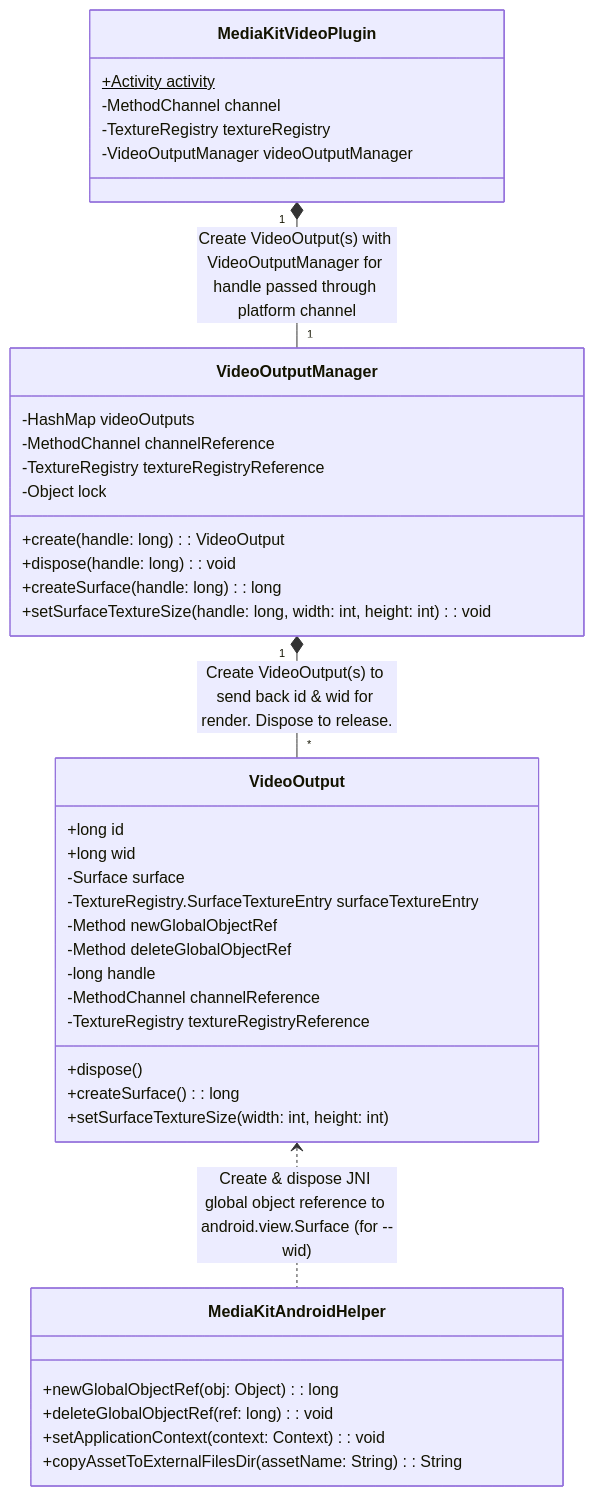
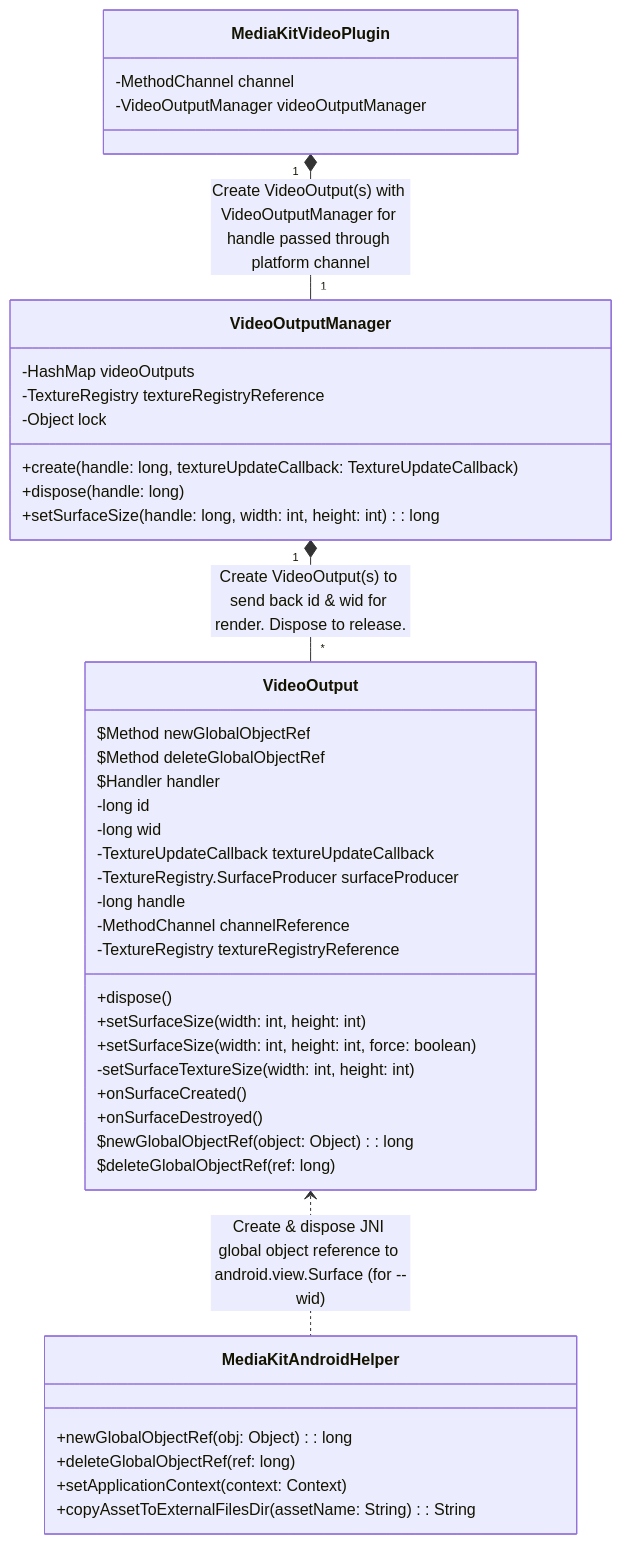
The second of 4 diagrams in README.md (coolight7/media-kit), drawn with Mermaid before and after one commit. The commit also changed other lines of this file, not shown here.

Commit message:
docs: update UML diagrams

````diff
--- a/README.md
+++ b/README.md
@@ -1954,59 +1941,63 @@
 ```mermaid
 %%{
   init: {
     'themeVariables': {
       'fontFamily': 'BlinkMacSystemFont, Segoe UI, Noto Sans, Helvetica, Arial, Apple Color Emoji, Segoe UI Emoji'
     }
   }
 }%%
 classDiagram
 
   MediaKitVideoPlugin "1" *-- "1" VideoOutputManager: Create VideoOutput(s) with VideoOutputManager for handle passed through platform channel
   VideoOutputManager "1" *-- "*" VideoOutput: Create VideoOutput(s) to send back id & wid for render. Dispose to release.
   VideoOutput <.. MediaKitAndroidHelper: Create & dispose JNI global object reference to android.view.Surface (for --wid)
 
   class MediaKitVideoPlugin {
-    +Activity activity$
     -MethodChannel channel
-    -TextureRegistry textureRegistry
     -VideoOutputManager videoOutputManager
   }
 
   class VideoOutputManager {
     -HashMap<Long, VideoOutput> videoOutputs
-    -MethodChannel channelReference
     -TextureRegistry textureRegistryReference
     -Object lock
 
-    +create(handle: long): VideoOutput
-    +dispose(handle: long): void
-    +createSurface(handle: long): long
-    +setSurfaceTextureSize(handle: long, width: int, height: int): void
+    +create(handle: long, textureUpdateCallback: TextureUpdateCallback)
+    +dispose(handle: long)
+    +setSurfaceSize(handle: long, width: int, height: int): long
   }
 
   class VideoOutput {
-    +long id
-    +long wid
+    $Method newGlobalObjectRef
+    $Method deleteGlobalObjectRef
+    $Handler handler
 
-    -Surface surface
-    -TextureRegistry.SurfaceTextureEntry surfaceTextureEntry
-    -Method newGlobalObjectRef
-    -Method deleteGlobalObjectRef
+    -long id
+    -long wid
+
+    -TextureUpdateCallback textureUpdateCallback
+    -TextureRegistry.SurfaceProducer surfaceProducer
 
     -long handle
     -MethodChannel channelReference
     -TextureRegistry textureRegistryReference
 
     +dispose()
-    +createSurface(): long
-    +setSurfaceTextureSize(width: int, height: int)
+    +setSurfaceSize(width: int, height: int)
+    +setSurfaceSize(width: int, height: int, force: boolean)
+    -setSurfaceTextureSize(width: int, height: int)
+    +onSurfaceCreated()
+    +onSurfaceDestroyed()
+
+    $newGlobalObjectRef(object: Object): long
+    $deleteGlobalObjectRef(ref: long)
   }
 
   class MediaKitAndroidHelper {
     +newGlobalObjectRef(obj: Object): long
-    +deleteGlobalObjectRef(ref: long): void
-    +setApplicationContext(context: Context): void
+    +deleteGlobalObjectRef(ref: long)
+    +setApplicationContext(context: Context)
     +copyAssetToExternalFilesDir(assetName: String): String
   }
 
 ```
````
